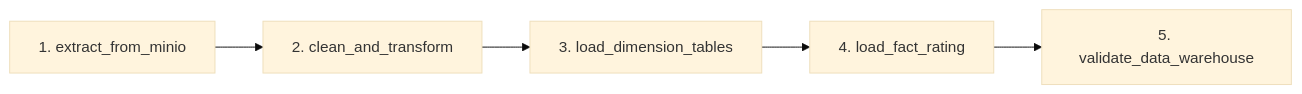
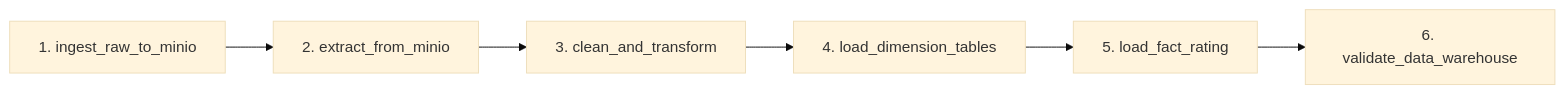
The second of 2 diagrams in README.md (Aizen2510/DATTA_CUOIKI), drawn with Mermaid (base theme) before and after one commit. The commit also changed other lines of this file and 21 other files, not shown here.

````diff
--- a/README.md
+++ b/README.md
@@ -165,7 +165,8 @@
 ```mermaid
 graph LR
-    A[1. extract_from_minio] --> B[2. clean_and_transform]
-    B --> C[3. load_dimension_tables]
-    C --> D[4. load_fact_rating]
-    D --> E[5. validate_data_warehouse]
+    A[1. ingest_raw_to_minio] --> B[2. extract_from_minio]
+    B --> C[3. clean_and_transform]
+    C --> D[4. load_dimension_tables]
+    D --> E[5. load_fact_rating]
+    E --> F[6. validate_data_warehouse]
 ```
````
